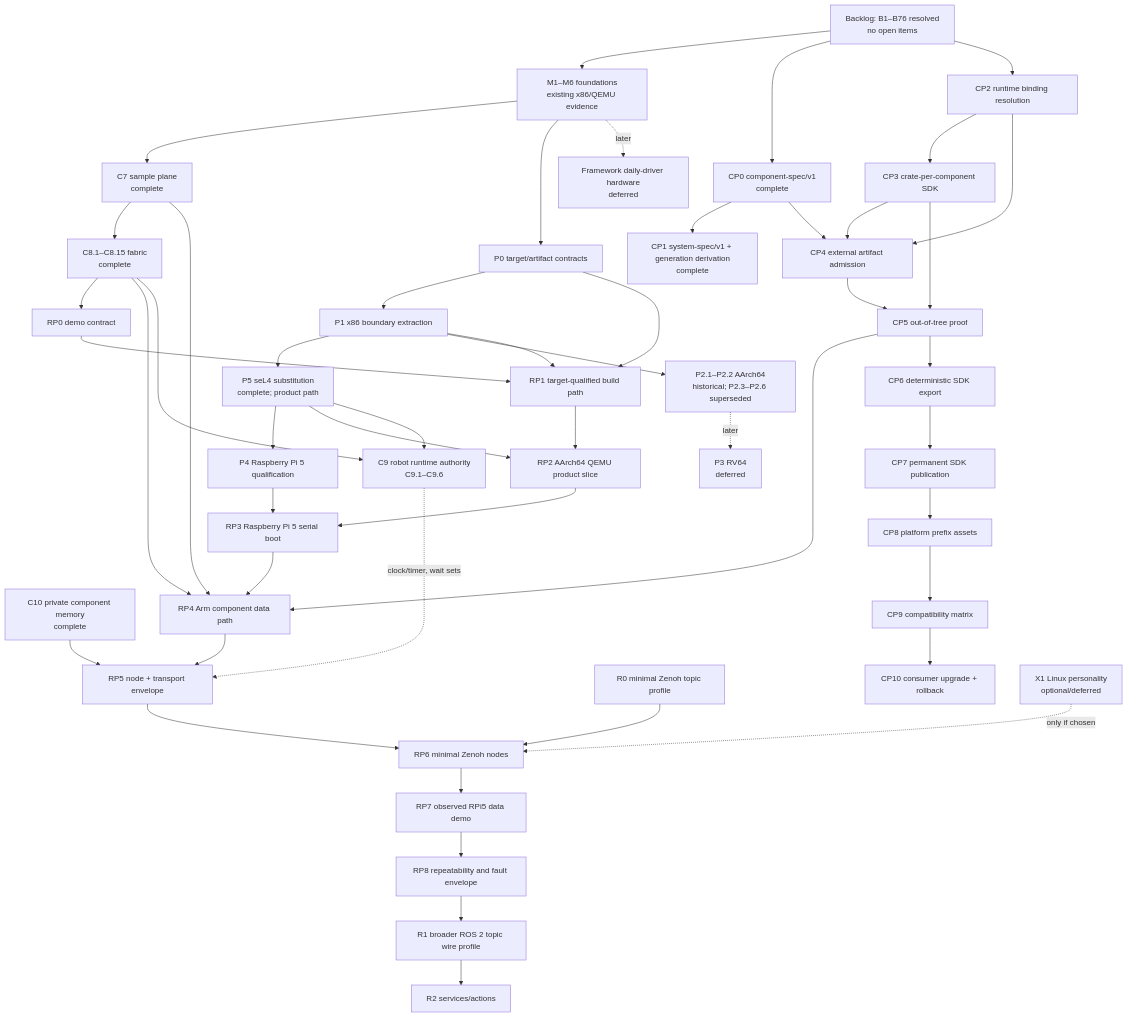
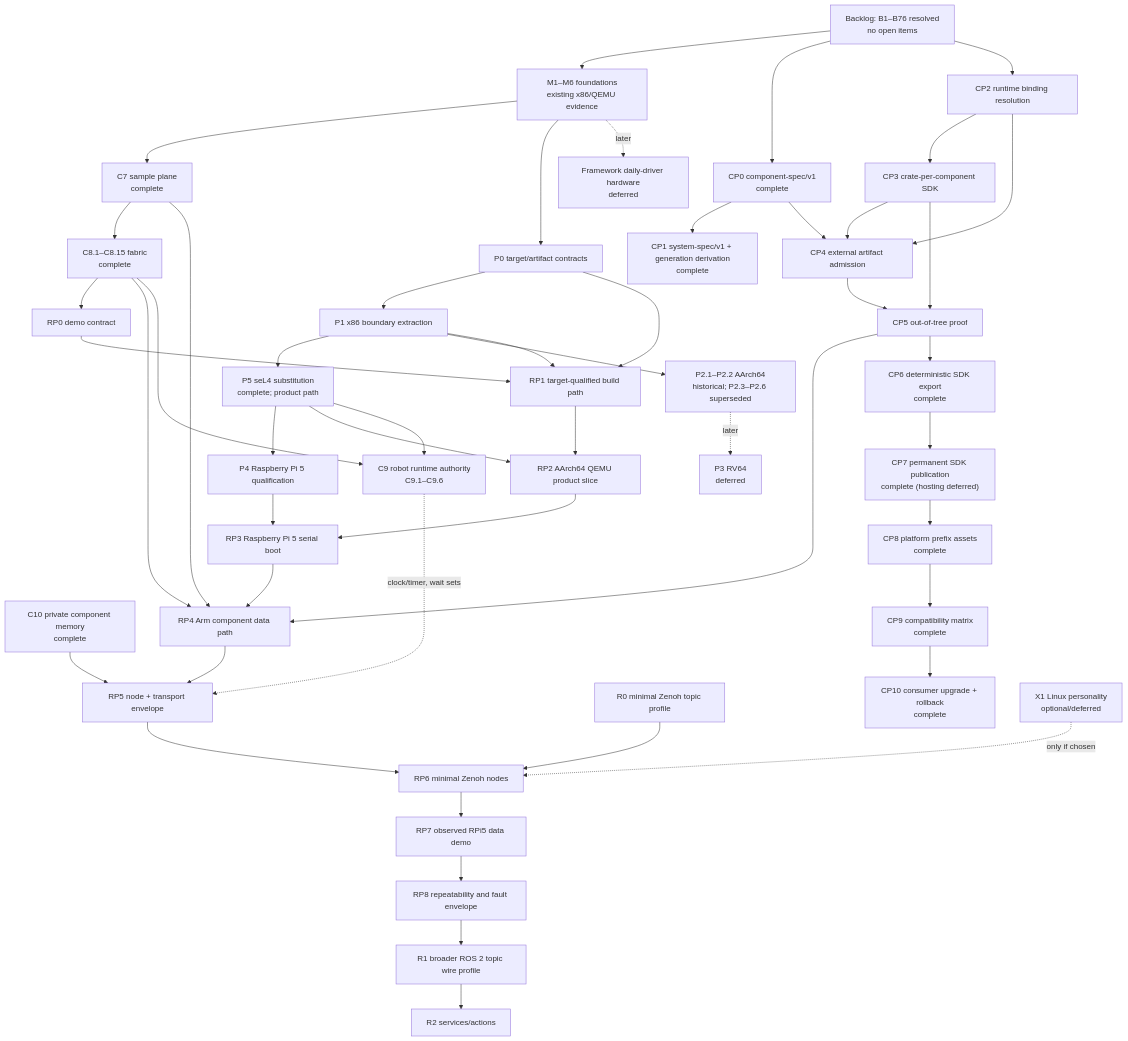
One commit to iceice666/slime_os changed the diagram in roadmap/README.md. Above: the diagram before and after it, drawn with Mermaid. The commit also changed other lines of this file and 3 other files, not shown here.

First line of the commit message:
docs(roadmap/component-sdk): close CP6 through CP10

````diff
--- a/roadmap/README.md
+++ b/roadmap/README.md
@@ -45,73 +45,73 @@
 ```mermaid
 flowchart TD
     Backlog["Backlog: B1–B76 resolved\nno open items"]
     Foundations["M1–M6 foundations\nexisting x86/QEMU evidence"]
     C7["C7 sample plane\ncomplete"]
     C8["C8.1–C8.15 fabric\ncomplete"]
     P0["P0 target/artifact contracts"]
     P1["P1 x86 boundary extraction"]
     P2["P2.1–P2.2 AArch64\nhistorical; P2.3–P2.6 superseded"]
     P5["P5 seL4 substitution\ncomplete; product path"]
     P4["P4 Raspberry Pi 5 qualification"]
     C9["C9 robot runtime authority\nC9.1–C9.6"]
     C10["C10 private component memory\ncomplete"]
     CP0["CP0 component-spec/v1\ncomplete"]
     CP1["CP1 system-spec/v1 + generation derivation\ncomplete"]
     CP2["CP2 runtime binding resolution"]
     CP3["CP3 crate-per-component SDK"]
     CP4["CP4 external artifact admission"]
     CP5["CP5 out-of-tree proof"]
-    CP6["CP6 deterministic SDK export"]
-    CP7["CP7 permanent SDK publication"]
-    CP8["CP8 platform prefix assets"]
-    CP9["CP9 compatibility matrix"]
-    CP10["CP10 consumer upgrade + rollback"]
+    CP6["CP6 deterministic SDK export\ncomplete"]
+    CP7["CP7 permanent SDK publication\ncomplete (hosting deferred)"]
+    CP8["CP8 platform prefix assets\ncomplete"]
+    CP9["CP9 compatibility matrix\ncomplete"]
+    CP10["CP10 consumer upgrade + rollback\ncomplete"]
     R0["R0 minimal Zenoh topic profile"]
     RP0["RP0 demo contract"]
     RP1["RP1 target-qualified build path"]
     RP2["RP2 AArch64 QEMU product slice"]
     RP3["RP3 Raspberry Pi 5 serial boot"]
     RP4["RP4 Arm component data path"]
     RP5["RP5 node + transport envelope"]
     RP6["RP6 minimal Zenoh nodes"]
     RP7["RP7 observed RPi5 data demo"]
     RP8["RP8 repeatability and fault envelope"]
     R1["R1 broader ROS 2 topic wire profile"]
     R2["R2 services/actions"]
     Framework["Framework daily-driver hardware\ndeferred"]
     RV64["P3 RV64\ndeferred"]
     X1["X1 Linux personality\noptional/deferred"]
 
     Backlog --> Foundations
     Foundations --> C7 --> C8
     Foundations --> P0 --> P1 --> P5 --> P4
     P1 --> P2
     C8 --> RP0
     P0 --> RP1
     P1 --> RP1
     RP0 --> RP1 --> RP2 --> RP3 --> RP4 --> RP5 --> RP6 --> RP7 --> RP8
     P5 --> RP2
     P4 --> RP3
     C7 --> RP4
     C8 --> RP4
     Backlog --> CP0
     Backlog --> CP2
     CP0 --> CP1
     CP2 --> CP3
     CP0 --> CP4
     CP2 --> CP4
     CP3 --> CP4
     CP3 --> CP5
     CP4 --> CP5
     CP5 --> RP4
     CP5 --> CP6 --> CP7 --> CP8 --> CP9 --> CP10
     C8 --> C9
     P5 --> C9
     C10 --> RP5
     C9 -.->|clock/timer, wait sets| RP5
     R0 --> RP6
     X1 -.->|only if chosen| RP6
     RP8 --> R1 --> R2
     P2 -.->|later| RV64
     Foundations -.->|later| Framework
 ```
````
